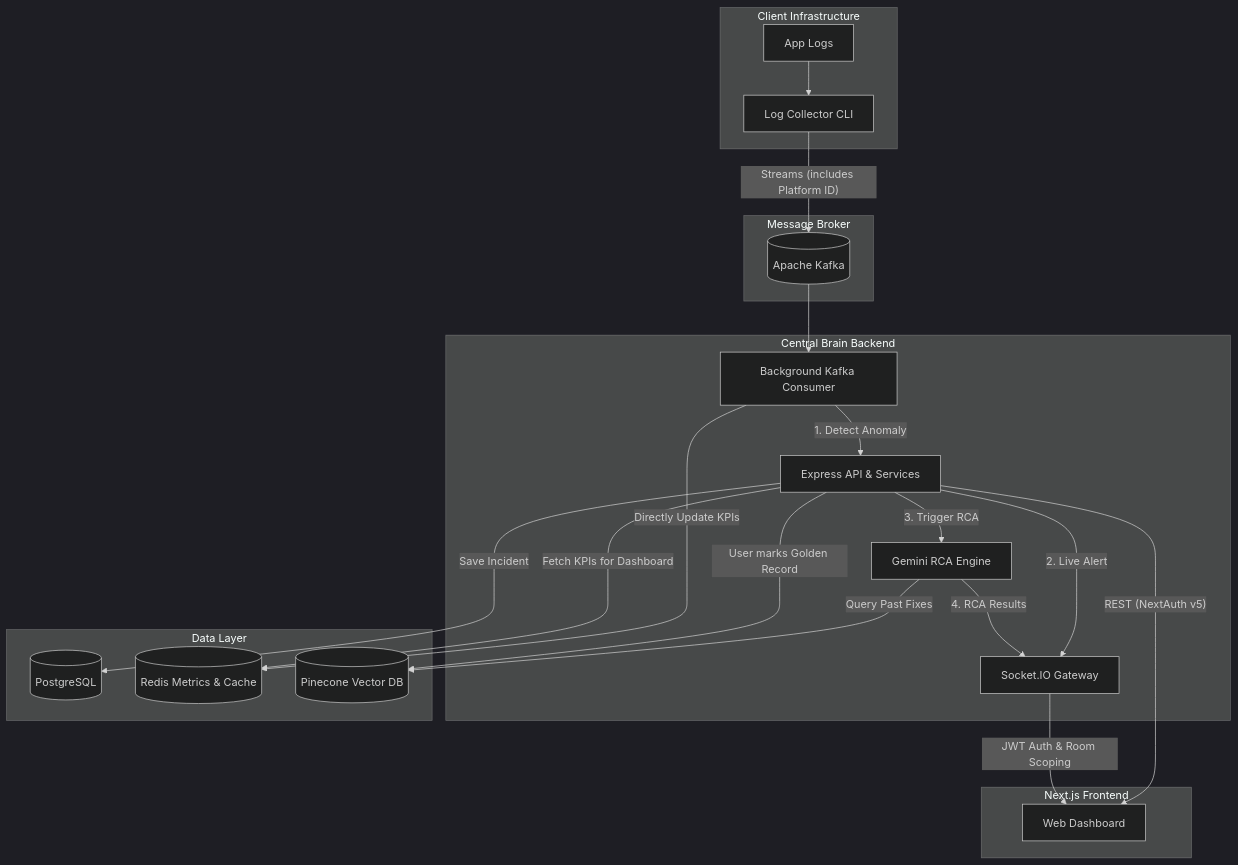
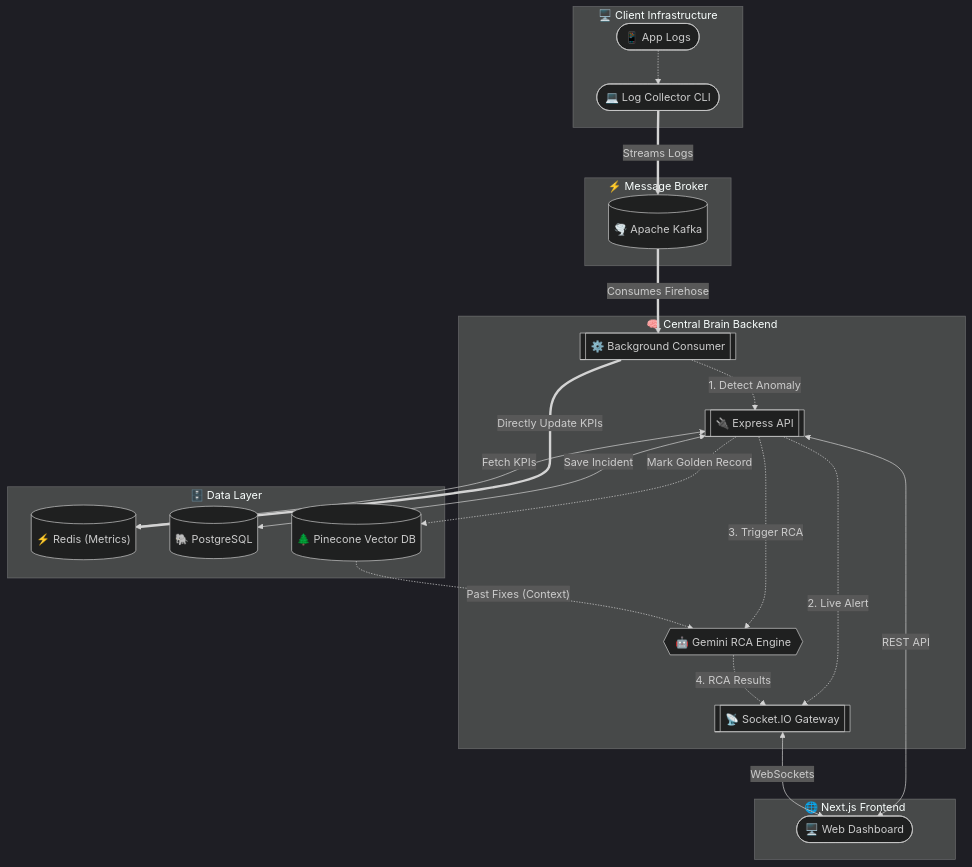
The diagram in README.md (jithendrajasti/AIOPS-SENTINEL), drawn with Mermaid (dark theme) before and after one commit.

Commit message:
updated architecture diagram

````diff
--- a/README.md
+++ b/README.md
@@ -33,45 +33,49 @@
 ```mermaid
-graph TD
-    subgraph Client Infrastructure
-        APP[App Logs]
-        LC[Log Collector CLI]
-        APP --> LC
+flowchart TD
+    subgraph Client ["🖥️ Client Infrastructure"]
+        APP(["📱 App Logs"])
+        LC(["💻 Log Collector CLI"])
+        APP -.-> LC
     end
 
-    subgraph Message Broker
-        KAFKA[(Apache Kafka)]
-        LC -- "Streams (includes Platform ID)" --> KAFKA
+    subgraph Broker ["⚡ Message Broker"]
+        KAFKA[("🌪️ Apache Kafka")]
     end
 
-    subgraph Central Brain Backend
-        CONSUMER[Background Kafka Consumer]
-        API[Express API & Services]
-        SOCKETS[Socket.IO Gateway]
-        AI[Gemini RCA Engine]
-        
-        KAFKA --> CONSUMER
-        CONSUMER -- "1. Detect Anomaly" --> API
-        API -- "2. Live Alert" --> SOCKETS
-        API -- "3. Trigger RCA" --> AI
-        AI -- "4. RCA Results" --> SOCKETS
+    subgraph Backend ["🧠 Central Brain Backend"]
+        CONSUMER[["⚙️ Background Consumer"]]
+        API[["🔌 Express API"]]
+        SOCKETS[["📡 Socket.IO Gateway"]]
+        AI{{"🤖 Gemini RCA Engine"}}
     end
 
-    subgraph Data Layer
-        PG[(PostgreSQL)]
-        REDIS[(Redis Metrics & Cache)]
-        PINECONE[(Pinecone Vector DB)]
+    subgraph DataLayer ["🗄️ Data Layer"]
+        REDIS[("⚡ Redis (Metrics)")]
+        PG[("🐘 PostgreSQL")]
+        PINECONE[("🌲 Pinecone Vector DB")]
     end
 
-    %% Data Connections
-    CONSUMER -- "Directly Update KPIs" --> REDIS
-    API -- "Fetch KPIs for Dashboard" --> REDIS
-    API -- "Save Incident" --> PG
-    AI -- "Query Past Fixes" --> PINECONE
-    API -- "User marks Golden Record" --> PINECONE
+    subgraph FrontendApp ["🌐 Next.js Frontend"]
+        UI(["🖥️ Web Dashboard"])
+    end
 
-    subgraph Next.js Frontend
-        UI[Web Dashboard]
-        API -- "REST (NextAuth v5)" --> UI
-        SOCKETS -- "JWT Auth & Room Scoping" --> UI
-    end
+    %% Flow
+    LC ==>|"Streams Logs"| KAFKA
+    
+    KAFKA ==>|"Consumes Firehose"| CONSUMER
+    CONSUMER -.->|"1. Detect Anomaly"| API
+    CONSUMER ==>|"Directly Update KPIs"| REDIS
+    
+    API <-->|"Fetch KPIs"| REDIS
+    API <-->|"Save Incident"| PG
+    API -.->|"Mark Golden Record"| PINECONE
+    
+    API -.->|"2. Live Alert"| SOCKETS
+    API -.->|"3. Trigger RCA"| AI
+    
+    PINECONE -.->|"Past Fixes (Context)"| AI
+    AI -.->|"4. RCA Results"| SOCKETS
+
+    API <-->|"REST API"| UI
+    SOCKETS <-->|"WebSockets"| UI
 ```
````
